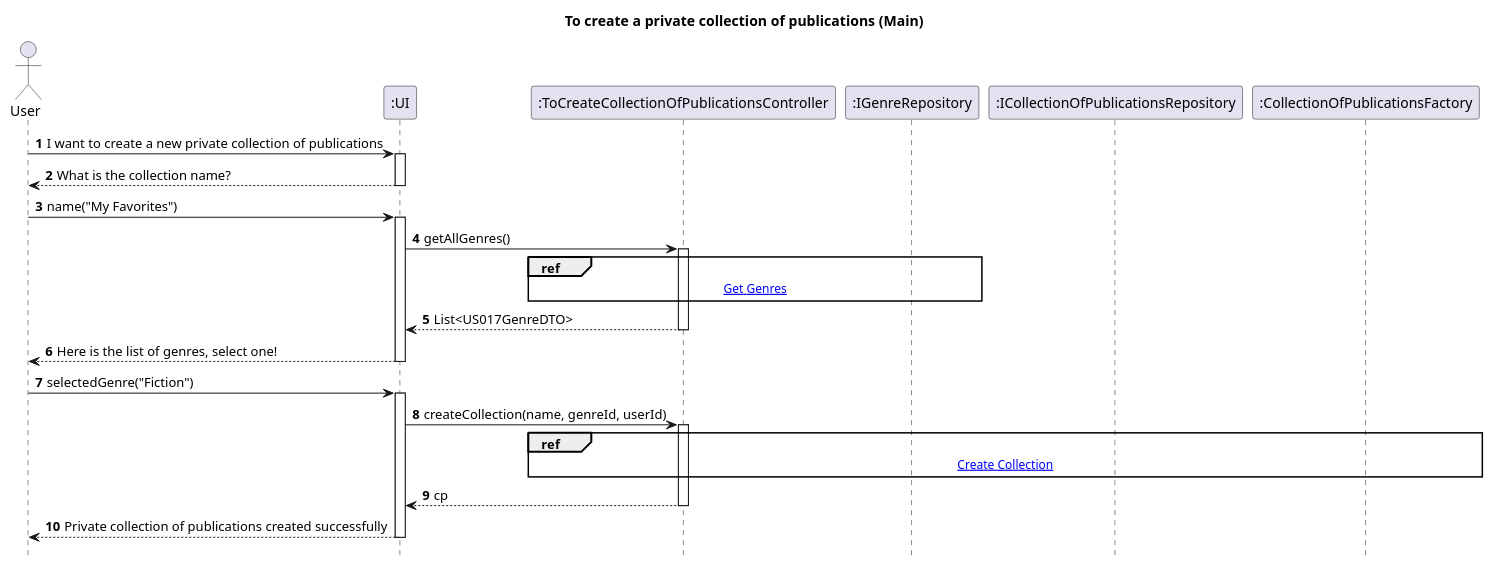
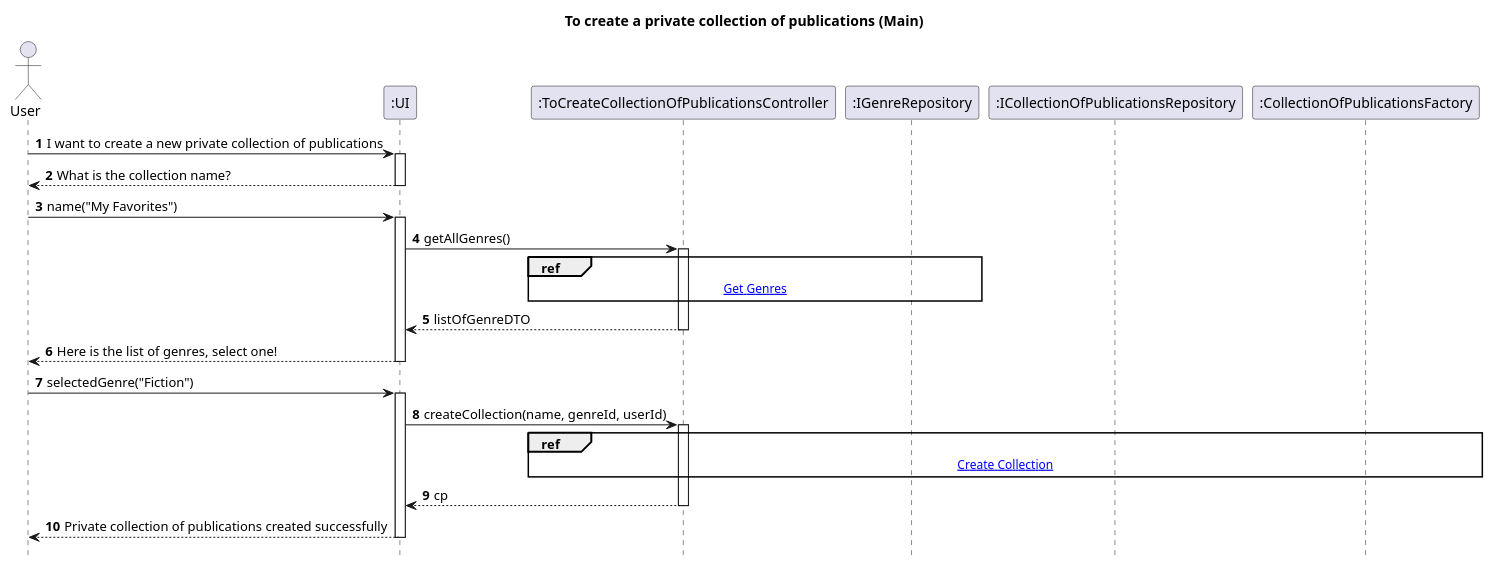
Before and after one commit to AndrePereiraGitH/SWitCH-Project-Team_A: the diagram in Diagrams/SequenceDiagrams/N2/To-create-private-publication-list/1.MainDiagram.puml, drawn with PlantUML. The commit also changed 3 other files, not shown here.

Commit message:
fix #764: fix loop placement in GetGenres diagrams, reorder participants, add UI/GenreFactory to class diagram and fix return label in MainDiagram

```diff
--- a/Diagrams/SequenceDiagrams/N2/To-create-private-publication-list/1.MainDiagram.puml
+++ b/Diagrams/SequenceDiagrams/N2/To-create-private-publication-list/1.MainDiagram.puml
@@ -1,57 +1,57 @@
 @startuml
 hide footbox
 autonumber
 title To create a private collection of publications (Main)
 
 actor "User" as User
 participant ":UI" as UI
 participant ":ToCreateCollectionOfPublicationsController" as Controller
 participant ":IGenreRepository" as GenreRepo
 participant ":ICollectionOfPublicationsRepository" as CollectionRepo
 participant ":CollectionOfPublicationsFactory" as Factory
 
 ' --- Start ---
 User -> UI : I want to create a new private collection of publications
 activate UI
 UI --> User : What is the collection name?
 deactivate UI
 
 User -> UI : name("My Favorites")
 activate UI
 
 ' =========================
 ' Get Genres (reference)
 ' =========================
 UI -> Controller : getAllGenres()
 activate Controller
 
 ref over Controller, GenreRepo
 [[2.GetGenres.puml Get Genres]]
 end ref
 
-Controller --> UI : List<US017GenreDTO>
+Controller --> UI : listOfGenreDTO
 deactivate Controller
 
 UI --> User : Here is the list of genres, select one!
 deactivate UI
 
 ' =========================
 ' Create Private Collection (reference)
 ' =========================
 User -> UI : selectedGenre("Fiction")
 activate UI
 
 UI -> Controller : createCollection(name, genreId, userId)
 activate Controller
 
 ref over Controller, CollectionRepo, Factory
 [[3.CreateCollection.puml Create Collection]]
 end ref
 
 Controller --> UI : cp
 deactivate Controller
 
 UI --> User : Private collection of publications created successfully
 deactivate UI
 
 @enduml
```
